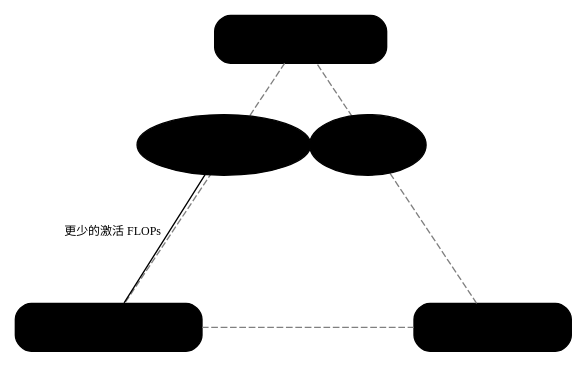
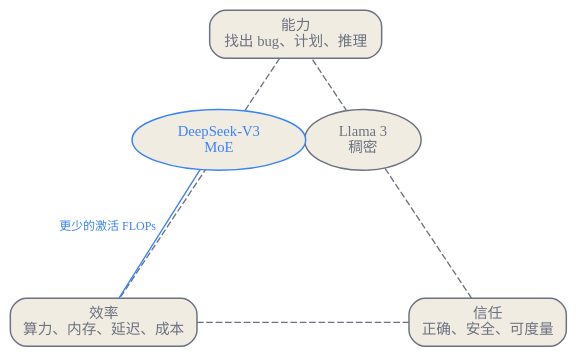
The third of 3 diagrams in zh/p0-orientation/01-whole-stack.qmd (latere-ai/ai-as-an-infrastructure), drawn with Graphviz before and after one commit. The commit also changed 186 other files, not shown here.

First line of the commit message:
book: visual audit pass on all diagrams and figures

````diff
--- a/zh/p0-orientation/01-whole-stack.qmd
+++ b/zh/p0-orientation/01-whole-stack.qmd
@@ -151,17 +151,19 @@
 ```{dot}
 //| label: fig-whole-stack-lens
 //| fig-cap: "能力、效率、信任这面镜子作为一个权衡空间，两个贯穿全书的模型置于其上。稠密模型与稀疏模型可以达到同样的能力。稀疏的那个用更少的激活 FLOPs 做到，偏向效率。在某样东西度量过其输出之前，二者都还赢不到信任。"
 graph lens {
   layout=neato;
-  node [shape=box, style=rounded, fontsize=11];
-  cap [label="能力\n找出 bug、计划、推理", pos="0,2!", fillcolor="#eef", style="rounded,filled"];
-  eff [label="效率\n算力、内存、延迟、成本", pos="-2,-1!", fillcolor="#eef", style="rounded,filled"];
-  tru [label="信任\n正确、安全、可度量", pos="2,-1!", fillcolor="#eef", style="rounded,filled"];
-  cap -- eff [style=dashed, color=gray];
-  eff -- tru [style=dashed, color=gray];
-  tru -- cap [style=dashed, color=gray];
-  llama [label="Llama 3\n稠密", pos="0.7,0.9!", shape=ellipse, fillcolor="#fde", style=filled];
-  ds [label="DeepSeek-V3\nMoE", pos="-0.8,0.9!", shape=ellipse, fillcolor="#dfe", style=filled];
-  ds -- eff [label="更少的激活 FLOPs", fontsize=9, color="#3a3"];
+  bgcolor="transparent";
+  node [shape=box, style="rounded,filled", fontsize=11, color="#6b7280", fontcolor="#6b7280", fillcolor="#f1ece1", penwidth=1.1];
+  edge [color="#6b7280", fontcolor="#6b7280"];
+  cap [label="能力\n找出 bug、计划、推理", pos="0,2!"];
+  eff [label="效率\n算力、内存、延迟、成本", pos="-2,-1!"];
+  tru [label="信任\n正确、安全、可度量", pos="2,-1!"];
+  cap -- eff [style=dashed];
+  eff -- tru [style=dashed];
+  tru -- cap [style=dashed];
+  llama [label="Llama 3\n稠密", pos="0.7,0.9!", shape=ellipse];
+  ds [label="DeepSeek-V3\nMoE", pos="-0.8,0.9!", shape=ellipse, color="#3b82f6", fontcolor="#3b82f6"];
+  ds -- eff [label="更少的激活 FLOPs", fontsize=9, color="#3b82f6", fontcolor="#3b82f6"];
 }
 ```
````
